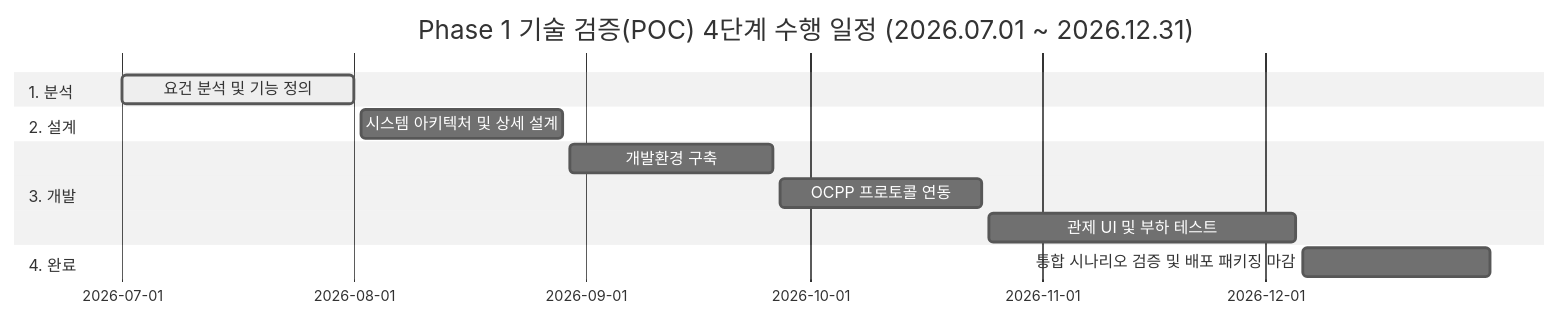
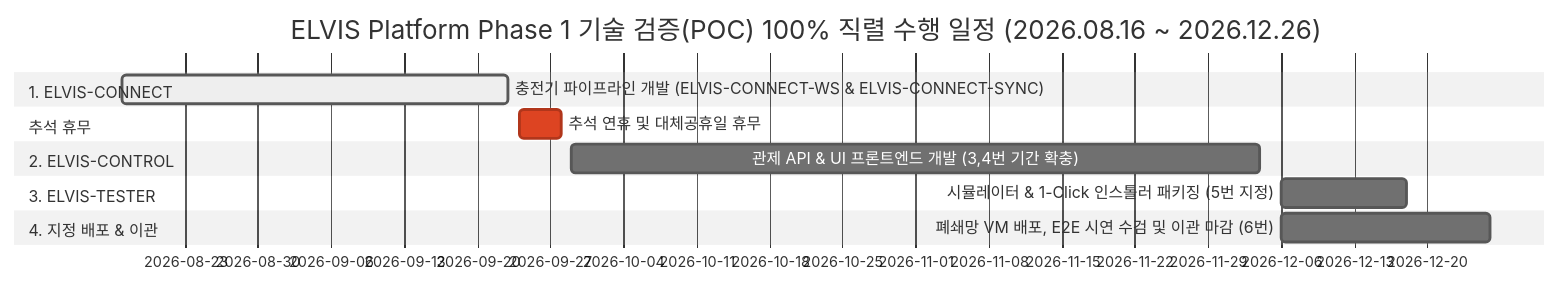
Before and after one commit to h2y-hyhong2/h2y-ocpp: the first of 2 diagrams in doc/04.poc/01.poc_architecture.md, drawn with Mermaid (neutral theme). The commit also changed other lines of this file and 3 other files, not shown here.

````diff
--- a/doc/04.poc/01.poc_architecture.md
+++ b/doc/04.poc/01.poc_architecture.md
@@ -34,20 +34,21 @@
 ```mermaid
 gantt
-    title Phase 1 기술 검증(POC) 4단계 수행 일정 (2026.07.01 ~ 2026.12.31)
+    title ELVIS Platform Phase 1 기술 검증(POC) 100% 직렬 수행 일정 (2026.08.16 ~ 2026.12.26)
     dateFormat  YYYY-MM-DD
     axisFormat  %Y-%m-%d
 
-    section 1. 분석
-    요건 분석 및 기능 정의 :active, poc_analysis, 2026-07-01, 2026-08-01
+    section 1. ELVIS-CONNECT
+    충전기 파이프라인 개발 (ELVIS-CONNECT-WS & ELVIS-CONNECT-SYNC) :active, poc_cnt, 2026-08-17, 2026-09-23
 
-    section 2. 설계
-    시스템 아키텍처 및 상세 설계 :poc_design, 2026-08-02, 2026-08-29
+    section 추석 휴무
+    추석 연휴 및 대체공휴일 휴무                  :crit, poc_holiday, 2026-09-24, 2026-09-28
 
-    section 3. 개발
-    개발환경 구축            :poc_dev1, 2026-08-30, 2026-09-26
-    OCPP 프로토콜 연동        :poc_dev2, 2026-09-27, 2026-10-24
-    관제 UI 및 부하 테스트    :poc_dev3, 2026-10-25, 2026-12-05
+    section 2. ELVIS-CONTROL
+    관제 API & UI 프론트엔드 개발 (3,4번 기간 확충)   :poc_ctl, 2026-09-29, 2026-12-04
 
-    section 4. 완료
-    통합 시나리오 검증 및 배포 패키징 마감 :poc_final, 2026-12-06, 2026-12-31
+    section 3. ELVIS-TESTER
+    시뮬레이터 & 1-Click 인스톨러 패키징 (5번 지정)  :poc_tst, 2026-12-06, 2026-12-18
+
+    section 4. 지정 배포 & 이관
+    폐쇄망 VM 배포, E2E 시연 수검 및 이관 마감 (6번) :poc_final, 2026-12-06, 2026-12-26
 ```
````
